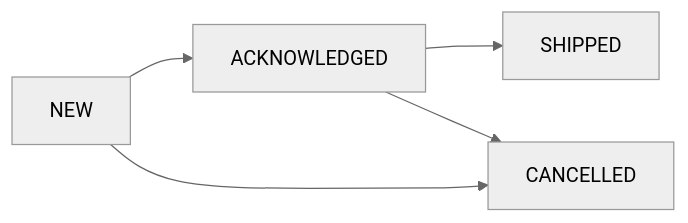
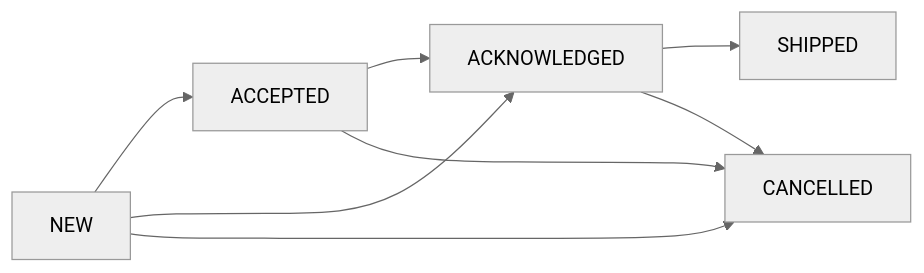
One commit to gotextbooks/seller-api-docs changed the second of 4 diagrams in cdf.md. Above: the diagram before and after it, drawn with Mermaid (neutral theme). The commit also changed other lines of this file and 1 other file, not shown here.

First line of the commit message:
Added accepted status for orders.

````diff
--- a/cdf.md
+++ b/cdf.md
@@ -65,7 +67,10 @@
 ```mermaid
 flowchart LR
+    NEW --> ACCEPTED
     NEW --> ACKNOWLEDGED
     NEW --> CANCELLED
+    ACCEPTED --> ACKNOWLEDGED
+    ACCEPTED --> CANCELLED
     ACKNOWLEDGED --> SHIPPED
     ACKNOWLEDGED --> CANCELLED
 ```
````
